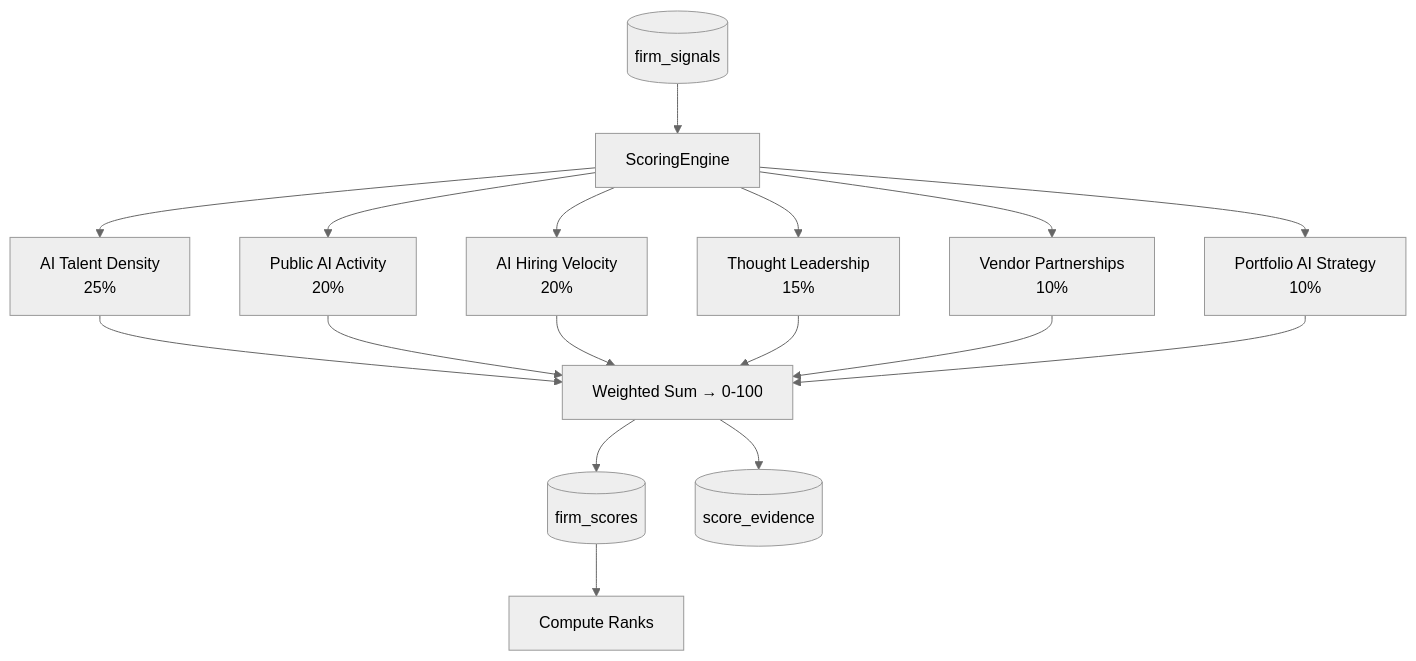
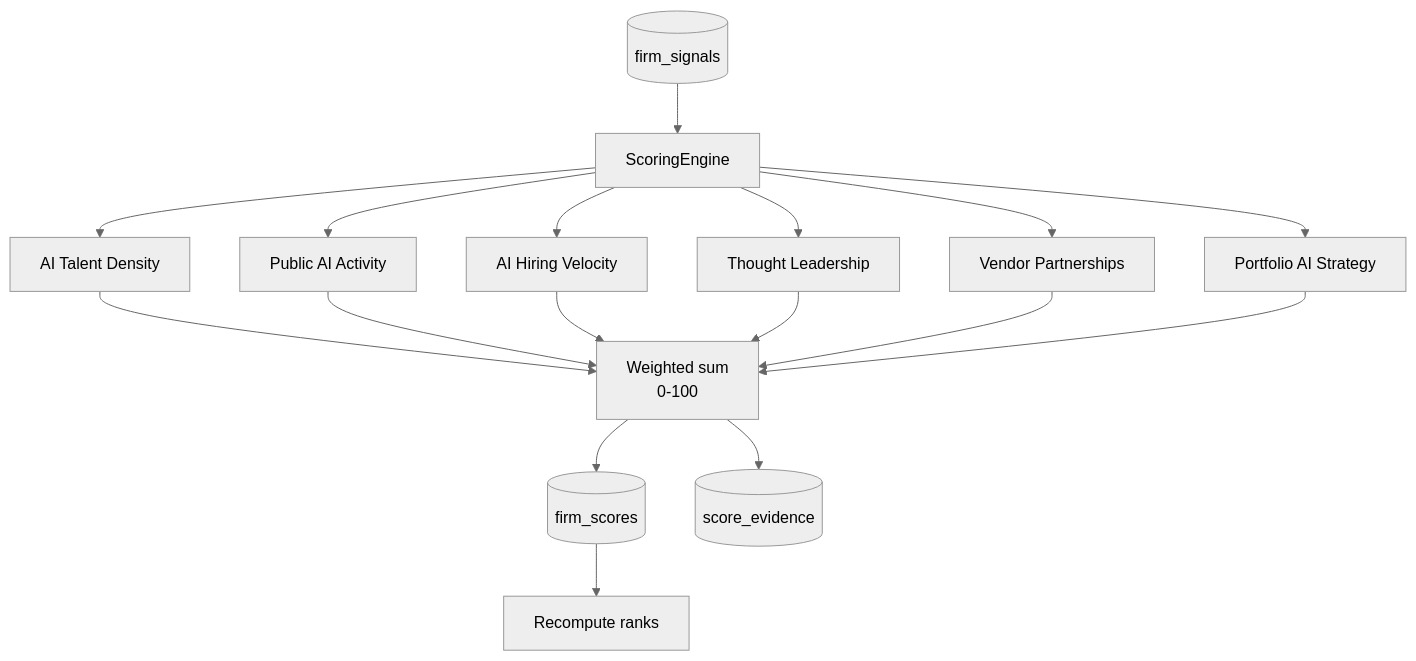
The fifth of 6 diagrams in backend/docs/data-extraction-pipeline/PIPELINE.md (GuilhermeDaSilvaFerreira/ai-usage-scraper), drawn with Mermaid (neutral theme) before and after one commit. The commit also changed other lines of this file and 7 other files, not shown here.

````diff
--- a/backend/docs/data-extraction-pipeline/PIPELINE.md
+++ b/backend/docs/data-extraction-pipeline/PIPELINE.md
@@ -200,16 +193,14 @@
 ```mermaid
 flowchart TB
-    SIGNALS[(firm_signals)] --> ENGINE[ScoringEngine]
-
-    ENGINE --> D1[AI Talent Density\n25%]
-    ENGINE --> D2[Public AI Activity\n20%]
-    ENGINE --> D3[AI Hiring Velocity\n20%]
-    ENGINE --> D4[Thought Leadership\n15%]
-    ENGINE --> D5[Vendor Partnerships\n10%]
-    ENGINE --> D6[Portfolio AI Strategy\n10%]
-
-    D1 & D2 & D3 & D4 & D5 & D6 --> AGG[Weighted Sum → 0-100]
+    SIG[(firm_signals)] --> ENG[ScoringEngine]
+    ENG --> D1[AI Talent Density]
+    ENG --> D2[Public AI Activity]
+    ENG --> D3[AI Hiring Velocity]
+    ENG --> D4[Thought Leadership]
+    ENG --> D5[Vendor Partnerships]
+    ENG --> D6[Portfolio AI Strategy]
+    D1 & D2 & D3 & D4 & D5 & D6 --> AGG[Weighted sum<br/>0-100]
     AGG --> SCORE[(firm_scores)]
-    AGG --> EVIDENCE[(score_evidence)]
-    SCORE --> RANK[Compute Ranks]
+    AGG --> EVID[(score_evidence)]
+    SCORE --> RANK[Recompute ranks]
 ```
````
